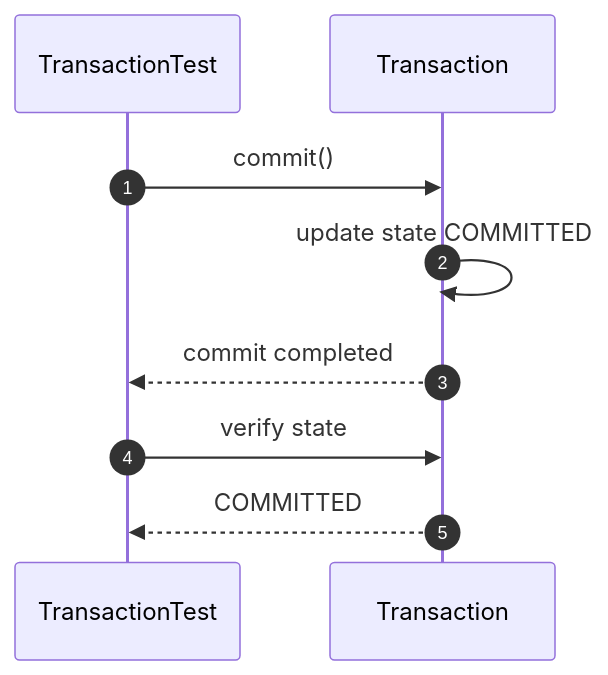
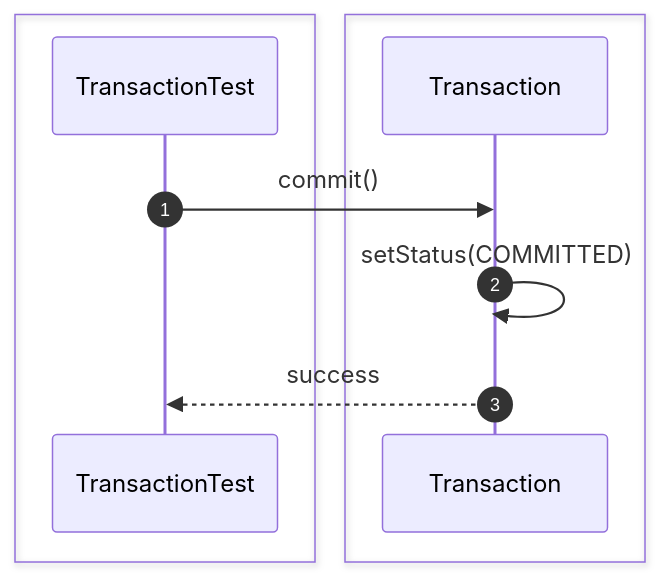
Diagram 14 of 54 in src/sequence/transaction.md (Huy1801214/dbms-architecture), drawn with Mermaid before and after one commit. The commit also changed other lines of this file and 10 other files, not shown here.

Commit message:
add comprehensive sequence diagrams and documentation for system architecture and unit testing specifications

````diff
--- a/src/sequence/transaction.md
+++ b/src/sequence/transaction.md
@@ -148,17 +237,15 @@
 ```mermaid
 sequenceDiagram
     autonumber
 
+    box #e1f5fe Test Suite
     participant Test as TransactionTest
+    end
+    box #ffebee Transaction Components
     participant Tx as Transaction
+    end
 
     Test->>Tx: commit()
-
-    Tx->>Tx: update state COMMITTED
-
-    Tx-->>Test: commit completed
-
-    Test->>Tx: verify state
-
-    Tx-->>Test: COMMITTED
+    Tx->>Tx: setStatus(COMMITTED)
+    Tx-->>Test: success
 ```
````
